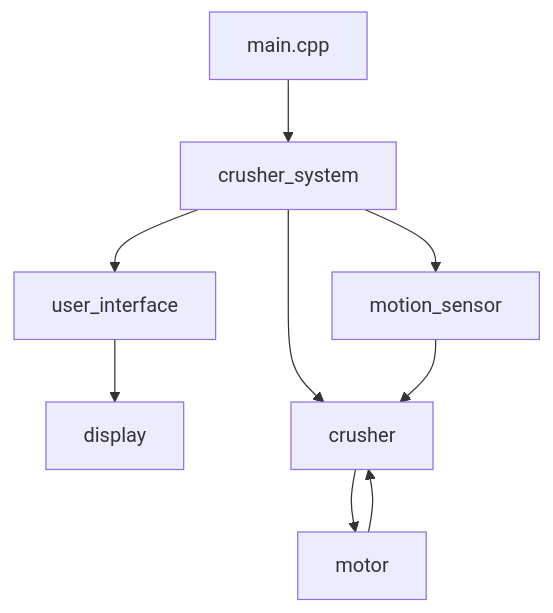
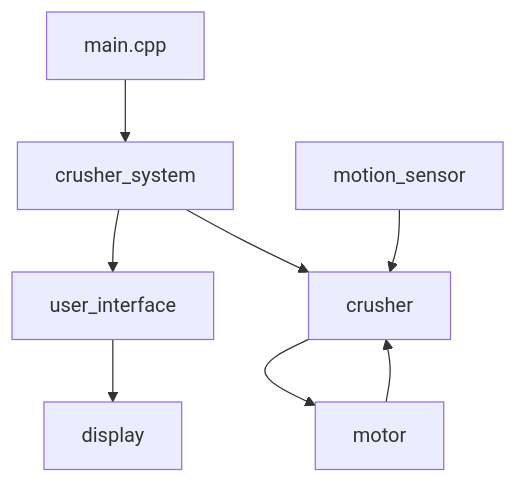
One commit to 4damo5/Can_Crusher changed the diagram in README.md. Above: the diagram before and after it, drawn with Mermaid.

````diff
--- a/README.md
+++ b/README.md
@@ -14,11 +14,10 @@
 ```mermaid
 graph TD;
     main.cpp --> crusher_system;
     crusher_system --> user_interface;
     user_interface --> display;
     crusher_system --> crusher;
-    crusher_system --> motion_sensor;
     motion_sensor --> crusher;
     crusher --> motor;
     motor --> crusher;
 ```
````
